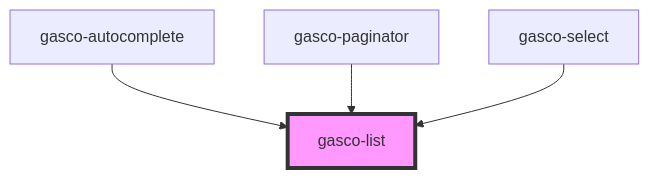
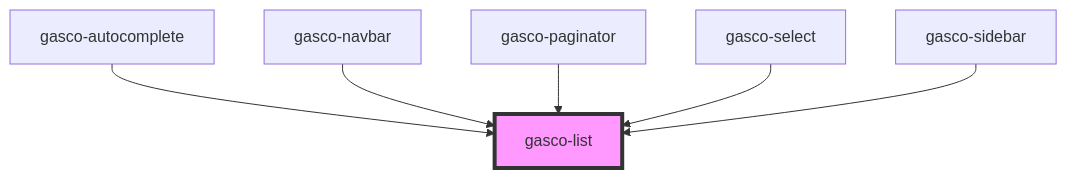
Before and after one commit to lac617a/gasco-core: the diagram in core/src/components/gasco-list/readme.md, drawn with Mermaid. The commit also changed other lines of this file and 62 other files, not shown here.

````diff
--- a/core/src/components/gasco-list/readme.md
+++ b/core/src/components/gasco-list/readme.md
@@ -25,7 +27,9 @@
 ```mermaid
 graph TD;
   gasco-autocomplete --> gasco-list
+  gasco-navbar --> gasco-list
   gasco-paginator --> gasco-list
   gasco-select --> gasco-list
+  gasco-sidebar --> gasco-list
   style gasco-list fill:#f9f,stroke:#333,stroke-width:4px
 ```
````
